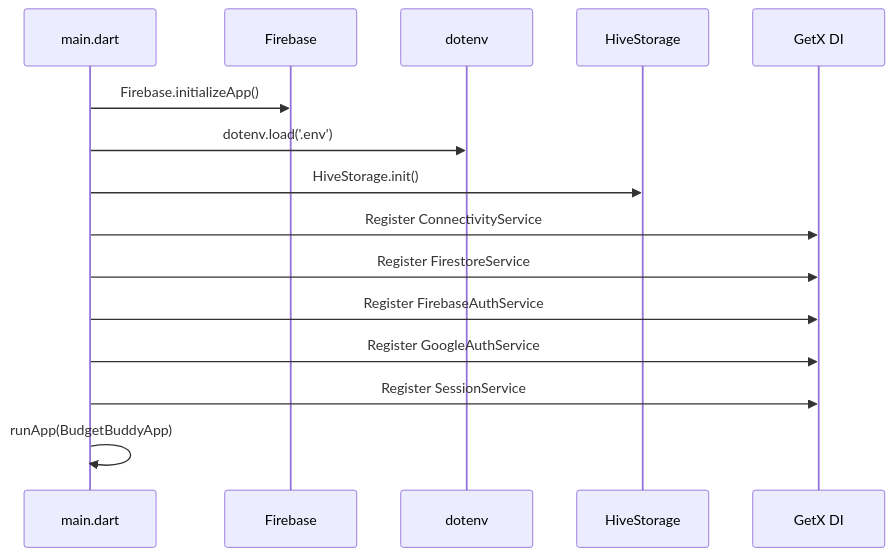
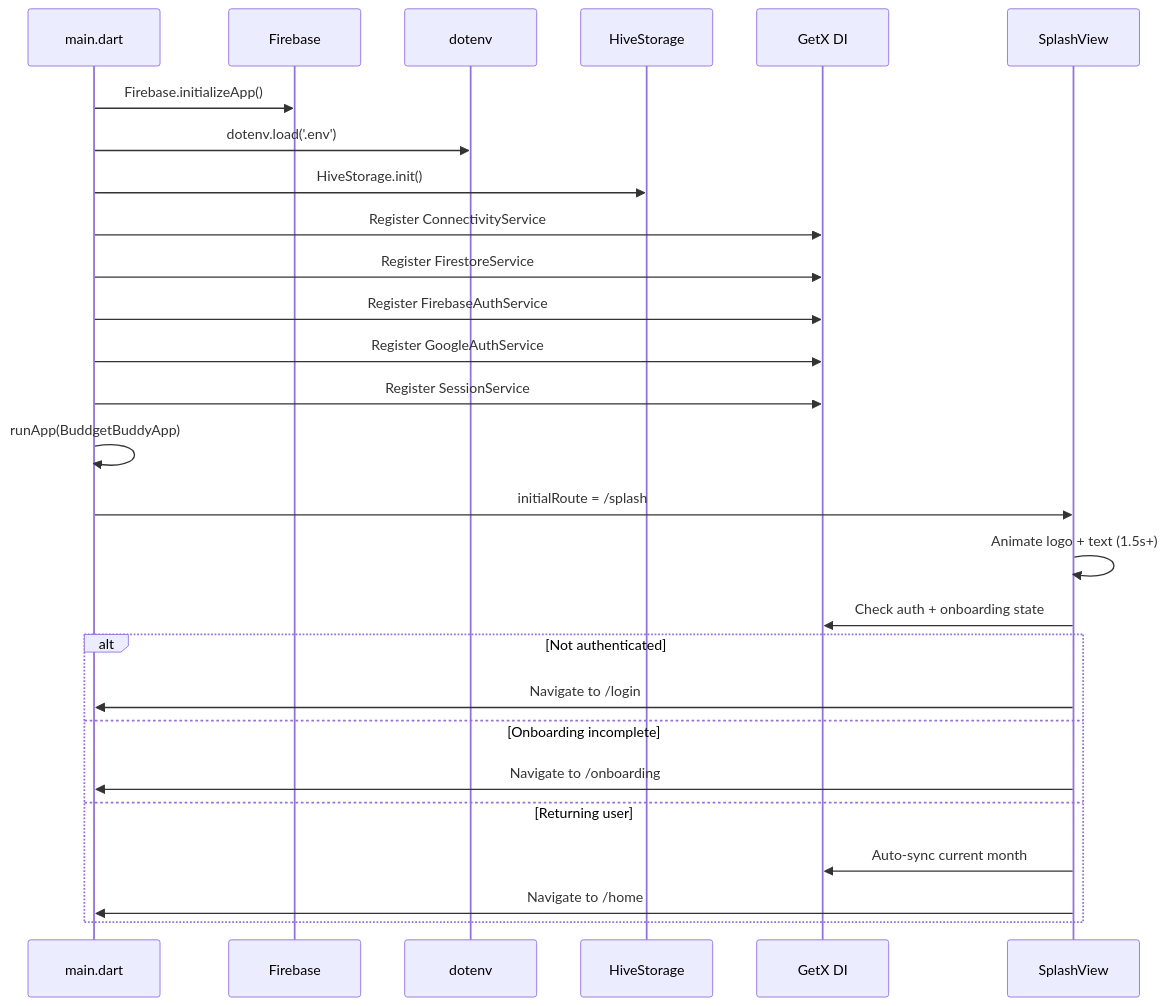
One commit to syeduzaif/Budget-buddy changed the second of 6 diagrams in TERD.md. Above: the diagram before and after it, drawn with Mermaid. The commit also changed other lines of this file and 1 other file, not shown here.

````diff
--- a/TERD.md
+++ b/TERD.md
@@ -189,18 +192,30 @@
 ```mermaid
 sequenceDiagram
     participant App as main.dart
     participant FB as Firebase
     participant ENV as dotenv
     participant Hive as HiveStorage
     participant DI as GetX DI
+    participant Splash as SplashView
 
     App->>FB: Firebase.initializeApp()
     App->>ENV: dotenv.load('.env')
     App->>Hive: HiveStorage.init()
     App->>DI: Register ConnectivityService
     App->>DI: Register FirestoreService
     App->>DI: Register FirebaseAuthService
     App->>DI: Register GoogleAuthService
     App->>DI: Register SessionService
-    App->>App: runApp(BudgetBuddyApp)
+    App->>App: runApp(BuddgetBuddyApp)
+    App->>Splash: initialRoute = /splash
+    Splash->>Splash: Animate logo + text (1.5s+)
+    Splash->>DI: Check auth + onboarding state
+    alt Not authenticated
+        Splash->>App: Navigate to /login
+    else Onboarding incomplete
+        Splash->>App: Navigate to /onboarding
+    else Returning user
+        Splash->>DI: Auto-sync current month
+        Splash->>App: Navigate to /home
+    end
 ```
````
